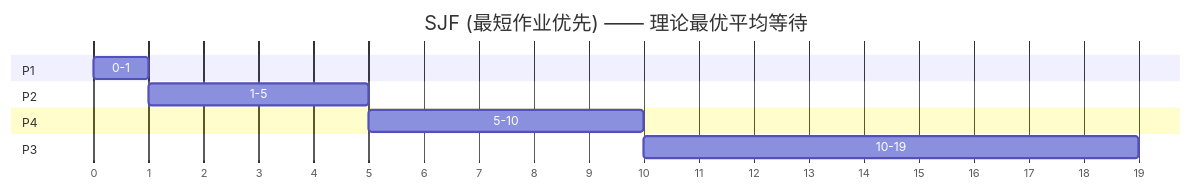
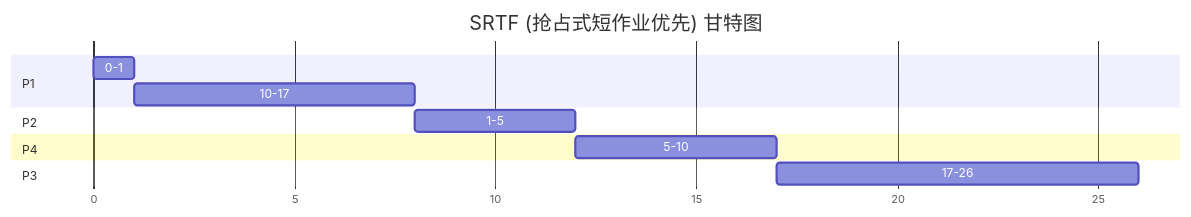
The second of 4 diagrams in src/content/posts/os/05_process_scheduling.md (Lumivers/firefly), drawn with Mermaid before and after one commit. The commit also changed other lines of this file and 39 other files, not shown here.

````diff
--- a/src/content/posts/os/05_process_scheduling.md
+++ b/src/content/posts/os/05_process_scheduling.md
@@ -95,15 +94,15 @@
 ```mermaid
 gantt
-    title SJF (最短作业优先) —— 理论最优平均等待
+    title SRTF (抢占式短作业优先) 甘特图
     dateFormat X
     axisFormat %s
-    
     section P1
-    0-1    : 0, 1s
+    0-1   : 0, 1s
+    10-17 : 7s
     section P2
-    1-5    : 4s
+    1-5   : 4s
     section P4
-    5-10   : 5s
+    5-10  : 5s
     section P3
-    10-19  : 9s
+    17-26 : 9s
 ```
````
